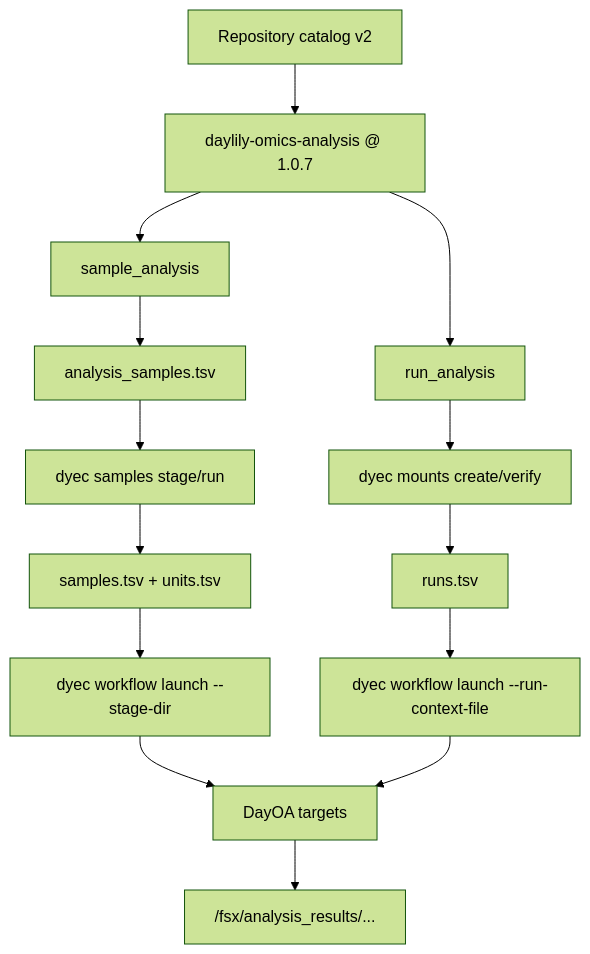
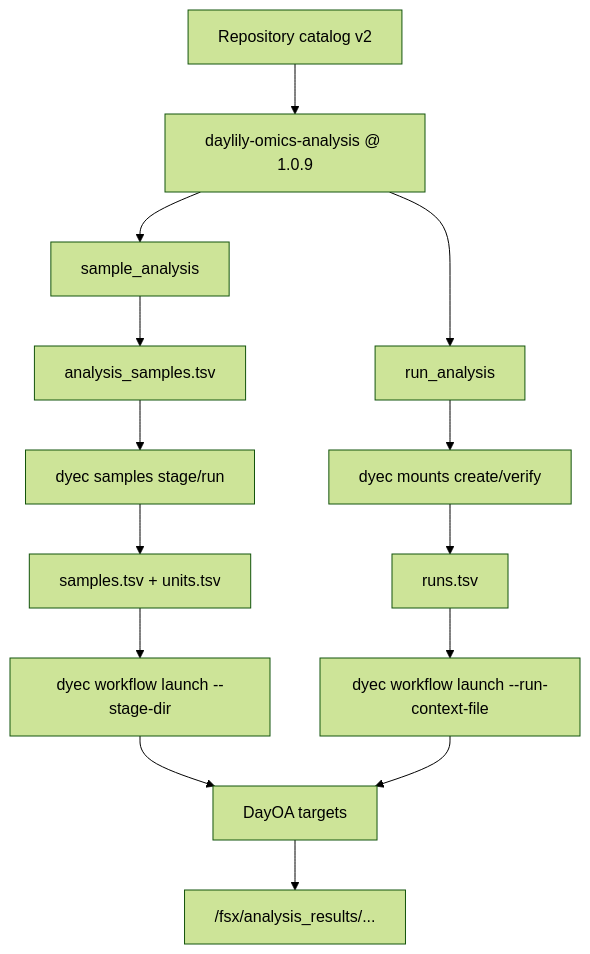
One commit to Daylily-Informatics/daylily-ephemeral-cluster changed the third of 3 diagrams in docs/dra_fsx_strategy.md. Above: the diagram before and after it, drawn with Mermaid (forest theme). The commit also changed other lines of this file and 18 other files, not shown here.

````diff
--- a/docs/dra_fsx_strategy.md
+++ b/docs/dra_fsx_strategy.md
@@ -79,19 +79,19 @@
 ```mermaid
 flowchart TB
-  Catalog["Repository catalog v2"] --> Repo["daylily-omics-analysis @ 1.0.7"]
+  Catalog["Repository catalog v2"] --> Repo["daylily-omics-analysis @ 1.0.9"]
   Repo --> Sample["sample_analysis"]
   Repo --> Run["run_analysis"]
 
   Sample --> Manifest["analysis_samples.tsv"]
   Manifest --> Stage["dyec samples stage/run"]
   Stage --> TSV["samples.tsv + units.tsv"]
   TSV --> LaunchA["dyec workflow launch --stage-dir"]
 
   Run --> Mount["dyec mounts create/verify"]
   Mount --> Runs["runs.tsv"]
   Runs --> LaunchB["dyec workflow launch --run-context-file"]
 
   LaunchA --> DayOA["DayOA targets"]
   LaunchB --> DayOA
   DayOA --> Results["/fsx/analysis_results/..."]
 ```
````
